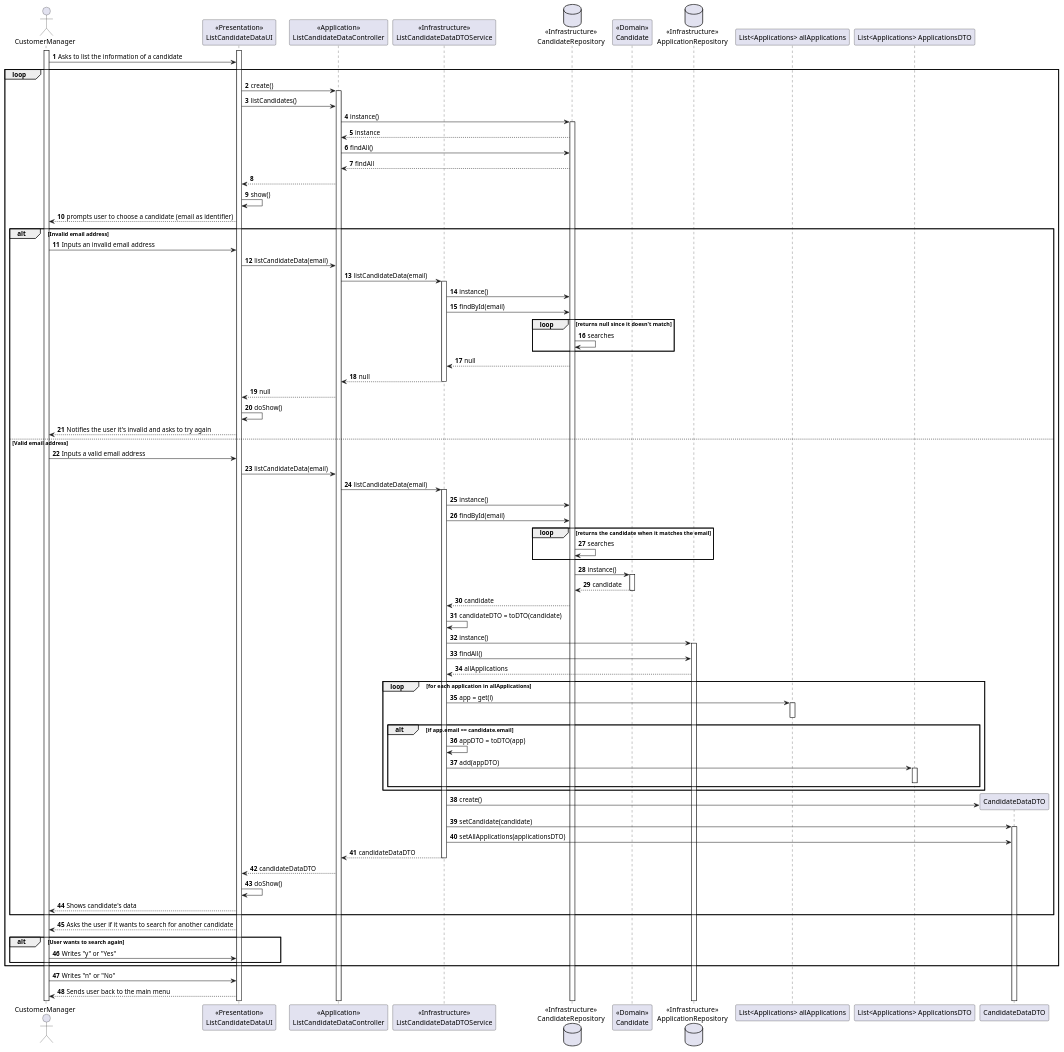
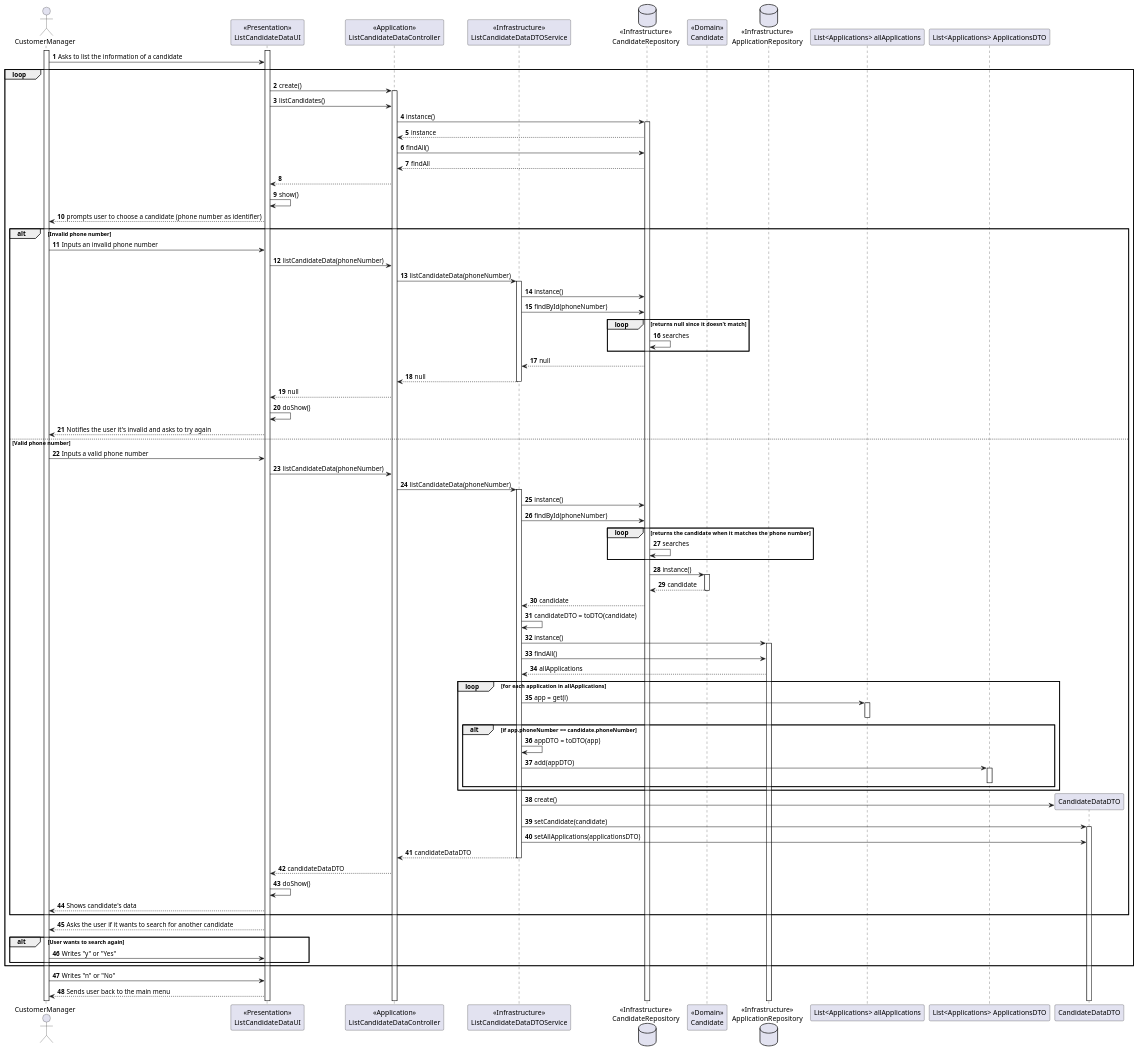
The diagram in docs/sb_us_1006b/SD/Sequence-Diagram.puml (rita-barbosa/LAPR4-2324), drawn with PlantUML before and after one commit. The commit also changed 4 other files, not shown here.

```diff
--- a/docs/sb_us_1006b/SD/Sequence-Diagram.puml
+++ b/docs/sb_us_1006b/SD/Sequence-Diagram.puml
@@ -1,172 +1,172 @@
 @startuml
 'https://plantuml.com/sequence-diagram
 
 autonumber
 skinparam sequenceMessageAlign left
 
     Actor "CustomerManager" as CM
     Participant "<<Presentation>>\nListCandidateDataUI" as UI
     Participant "<<Application>>\nListCandidateDataController" as CTRL
     Participant "<<Infrastructure>>\nListCandidateDataDTOService" as SERVICE
     Database "<<Infrastructure>>\nCandidateRepository" as CREPO
     Participant "<<Domain>>\nCandidate" as C
     Database "<<Infrastructure>>\nApplicationRepository" as AREPO
     Participant "List<Applications> allApplications" as ALIST
     Participant "List<Applications> ApplicationsDTO" as ALISTDTO
     Participant "CandidateDataDTO" as DTO
 
     Activate CM
     Activate UI
 
     CM -> UI: Asks to list the information of a candidate
 
     loop
 
         UI -> CTRL: create()
 
         Activate CTRL
 
         UI -> CTRL: listCandidates()
 
         CTRL -> CREPO: instance()
 
         Activate CREPO
 
         CREPO --> CTRL: instance
 
         CTRL -> CREPO: findAll()
 
         CREPO --> CTRL: findAll
 
         CTRL --> UI:
 
         UI -> UI: show()
 
-        UI --> CM: prompts user to choose a candidate (email as identifier)
+        UI --> CM: prompts user to choose a candidate (phone number as identifier)
 
-        alt Invalid email address
+        alt Invalid phone number
 
-            CM -> UI: Inputs an invalid email address
+            CM -> UI: Inputs an invalid phone number
 
-            UI -> CTRL: listCandidateData(email)
+            UI -> CTRL: listCandidateData(phoneNumber)
 
-            CTRL -> SERVICE: listCandidateData(email)
+            CTRL -> SERVICE: listCandidateData(phoneNumber)
 
             Activate SERVICE
 
             SERVICE -> CREPO: instance()
 
-            SERVICE -> CREPO: findById(email)
+            SERVICE -> CREPO: findById(phoneNumber)
 
             loop returns null since it doesn't match
                 CREPO -> CREPO: searches
             end
 
             CREPO --> SERVICE: null
 
             SERVICE --> CTRL: null
 
             Deactivate SERVICE
 
             CTRL --> UI: null
 
             UI -> UI: doShow()
 
             UI --> CM: Notifies the user it's invalid and asks to try again
 
-        else Valid email address
+        else Valid phone number
 
-            CM -> UI: Inputs a valid email address
+            CM -> UI: Inputs a valid phone number
 
-            UI -> CTRL: listCandidateData(email)
+            UI -> CTRL: listCandidateData(phoneNumber)
 
-                        CTRL -> SERVICE: listCandidateData(email)
+                        CTRL -> SERVICE: listCandidateData(phoneNumber)
 
                         Activate SERVICE
 
                         SERVICE -> CREPO: instance()
 
-                        SERVICE -> CREPO: findById(email)
+                        SERVICE -> CREPO: findById(phoneNumber)
 
-                        loop returns the candidate when it matches the email
+                        loop returns the candidate when it matches the phone number
                             CREPO -> CREPO: searches
                         end
 
                         CREPO -> C: instance()
 
                         Activate C
 
                         C --> CREPO: candidate
 
                         Deactivate C
 
                         CREPO --> SERVICE: candidate
 
                         SERVICE -> SERVICE: candidateDTO = toDTO(candidate)
 
                         SERVICE -> AREPO: instance()
 
                         Activate AREPO
 
                         SERVICE -> AREPO: findAll()
 
                         AREPO --> SERVICE: allApplications
 
                         loop for each application in allApplications
 
                             SERVICE -> ALIST: app = get(i)
 
-                            alt if app.email == candidate.email
+                            alt if app.phoneNumber == candidate.phoneNumber
 
                             Activate ALIST
 
                             Deactivate ALIST
 
                             SERVICE -> SERVICE: appDTO = toDTO(app)
 
                             SERVICE -> ALISTDTO : add(appDTO)
 
                             Activate ALISTDTO
 
                             Deactivate ALISTDTO
 
                             end
 
                         end
 
                         SERVICE -> DTO**: create()
 
                         SERVICE -> DTO: setCandidate(candidate)
 
                         Activate DTO
 
                         SERVICE -> DTO: setAllApplications(applicationsDTO)
 
                         SERVICE --> CTRL: candidateDataDTO
 
                         Deactivate SERVICE
 
                         Deactivate C
 
                         CTRL --> UI: candidateDataDTO
 
                         UI -> UI: doShow()
 
                         UI --> CM: Shows candidate's data
             end
 
         UI --> CM: Asks the user if it wants to search for another candidate
 
         alt User wants to search again
 
             CM -> UI: Writes "y" or "Yes"
 
         end
 
     end
 
         CM -> UI: Writes "n" or "No"
 
         UI --> CM: Sends user back to the main menu
 
 @enduml
```
